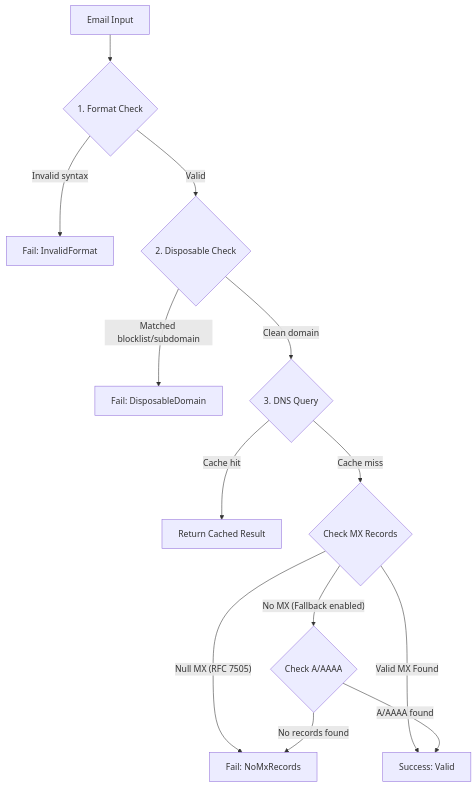
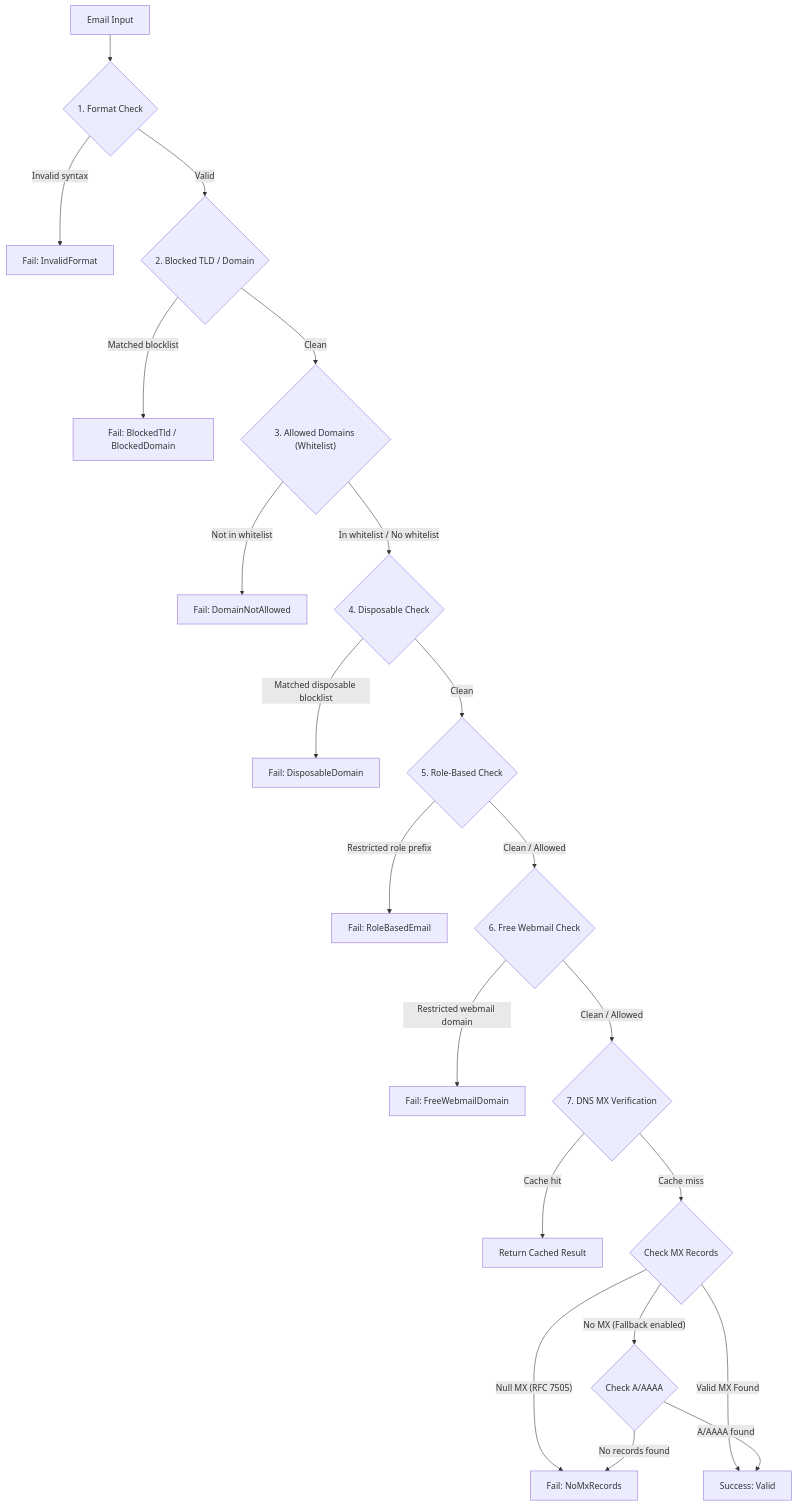
The diagram in README.md (PrinceJK/EmailDomainValidator), drawn with Mermaid before and after one commit. The commit also changed other lines of this file and 8 other files, not shown here.

First line of the commit message:
Enhance email domain validation capabilities

````diff
--- a/README.md
+++ b/README.md
@@ -56,15 +64,23 @@
 ```mermaid
 flowchart TD
     A["Email Input"] --> B{"1. Format Check"}
     B -- Invalid syntax --> F1["Fail: InvalidFormat"]
-    B -- Valid --> C{"2. Disposable Check"}
-    C -- Matched blocklist/subdomain --> F2["Fail: DisposableDomain"]
-    C -- Clean domain --> D{"3. DNS Query"}
+    B -- Valid --> C1{"2. Blocked TLD / Domain"}
+    C1 -- Matched blocklist --> F2["Fail: BlockedTld / BlockedDomain"]
+    C1 -- Clean --> C2{"3. Allowed Domains (Whitelist)"}
+    C2 -- Not in whitelist --> F3["Fail: DomainNotAllowed"]
+    C2 -- In whitelist / No whitelist --> C3{"4. Disposable Check"}
+    C3 -- Matched disposable blocklist --> F4["Fail: DisposableDomain"]
+    C3 -- Clean --> C4{"5. Role-Based Check"}
+    C4 -- Restricted role prefix --> F5["Fail: RoleBasedEmail"]
+    C4 -- Clean / Allowed --> C5{"6. Free Webmail Check"}
+    C5 -- Restricted webmail domain --> F6["Fail: FreeWebmailDomain"]
+    C5 -- Clean / Allowed --> D{"7. DNS MX Verification"}
     D -- Cache hit --> E["Return Cached Result"]
     D -- Cache miss --> G{"Check MX Records"}
-    G -- Null MX (RFC 7505) --> F3["Fail: NoMxRecords"]
+    G -- Null MX (RFC 7505) --> F7["Fail: NoMxRecords"]
     G -- No MX (Fallback enabled) --> H{"Check A/AAAA"}
     G -- Valid MX Found --> S["Success: Valid"]
     H -- A/AAAA found --> S
-    H -- No records found --> F3
+    H -- No records found --> F7
 ```
````
